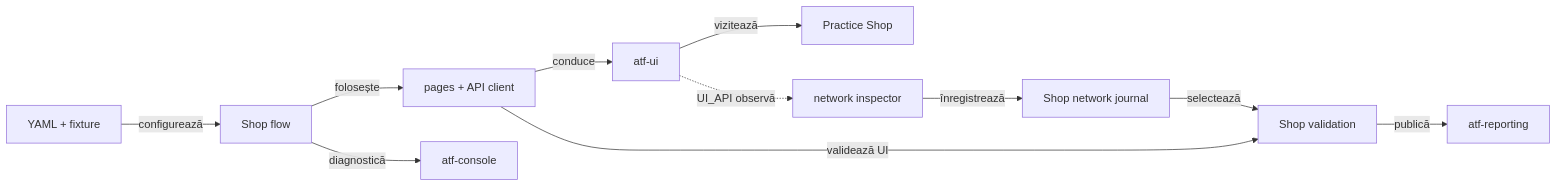
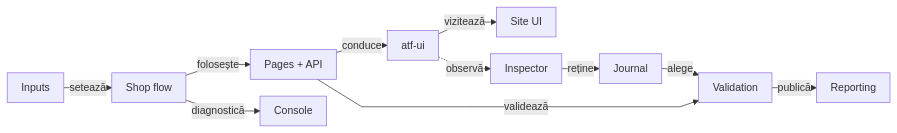
Before and after one commit to crististefanita/atf_j0: the first of 6 diagrams in atf-test-practice-shop/README.md, drawn with Mermaid. The commit also changed other lines of this file and 97 other files, not shown here.

````diff
--- a/atf-test-practice-shop/README.md
+++ b/atf-test-practice-shop/README.md
@@ -10,13 +10,14 @@
 ```mermaid
+%%{init: {"themeVariables":{"fontSize":"15px"},"themeCSS":".nodeLabel, .nodeLabel p { font-size: 15px !important; line-height: 1.35 !important; } .edgeLabel, .edgeLabel p { font-size: 12px !important; font-weight: 400 !important; line-height: 1.2 !important; } .edgeLabel .labelBkg, .edgeLabel p { background: transparent !important; } .edgeLabel foreignObject { transform: translateY(-18px); overflow: visible; } .node rect { rx: 6px; ry: 6px; }","flowchart":{"curve":"linear","nodeSpacing":24,"rankSpacing":16,"padding":10,"diagramPadding":16}}}%%
 flowchart LR
-    Config["YAML + fixture"] -->|configurează| Journey["Shop flow"]
-    Journey -->|folosește| Screens["pages + API client"]
+    Config["Inputs"] -->|setează| Journey["Shop flow"]
+    Journey -->|folosește| Screens["Pages + API"]
     Screens -->|conduce| Browser["atf-ui"]
-    Browser -->|vizitează| Site["Practice Shop"]
-    Browser -.->|UI_API observă| Inspector["network inspector"]
-    Inspector -->|înregistrează| Journal["Shop network journal"]
-    Journal -->|selectează| Checkpoint["Shop validation"]
-    Screens -->|validează UI| Checkpoint
-    Checkpoint -->|publică| Reporting["atf-reporting"]
-    Journey -->|diagnostică| Console["atf-console"]
+    Browser -->|vizitează| Site["Site UI"]
+    Browser -.->|observă| Inspector["Inspector"]
+    Inspector -->|reține| Journal["Journal"]
+    Journal -->|alege| Checkpoint["Validation"]
+    Screens -->|validează| Checkpoint
+    Checkpoint -->|publică| Reporting["Reporting"]
+    Journey -->|diagnostică| Console["Console"]
 ```
````
